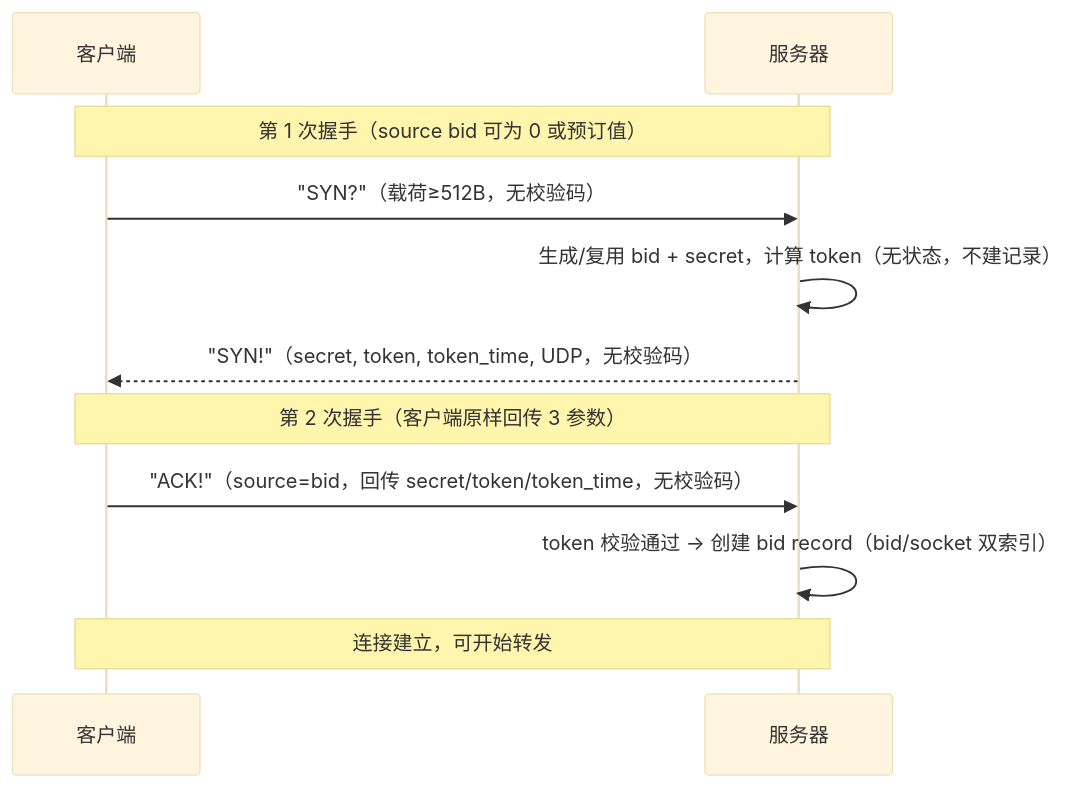
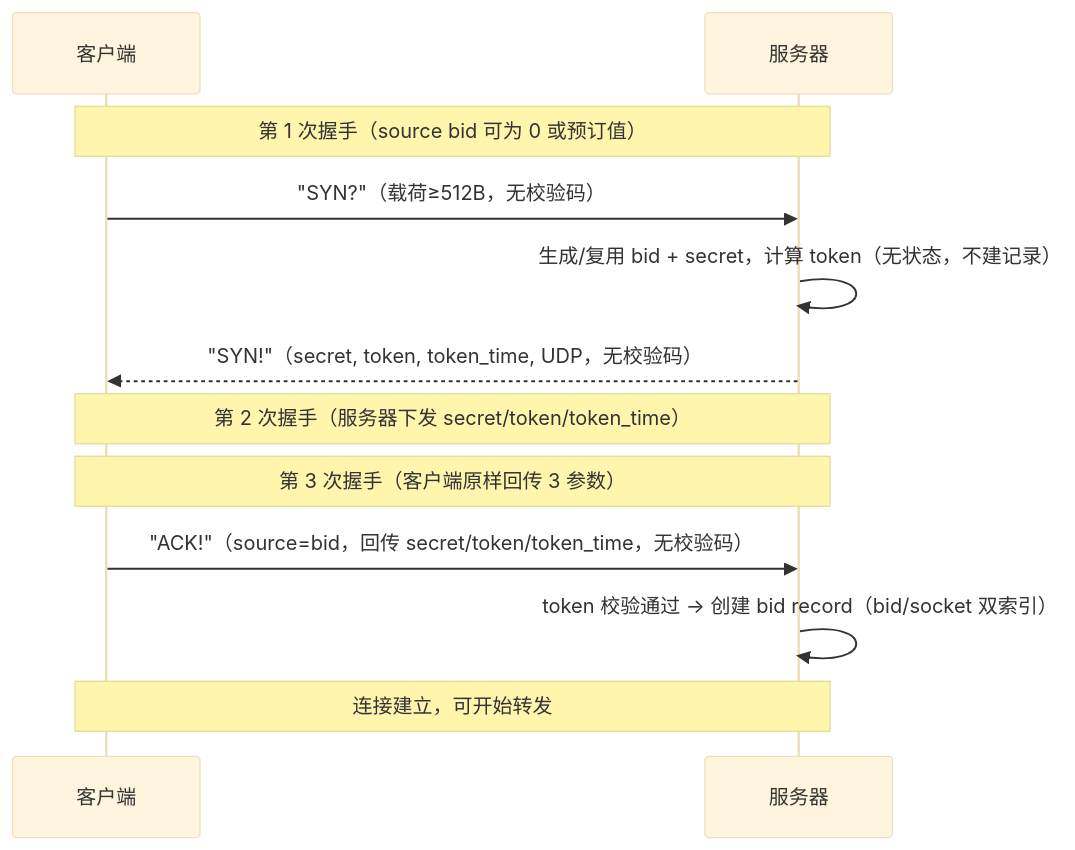
Before and after one commit to moky/magpie: the first of 11 diagrams in docs/workflow.md, drawn with Mermaid (base theme). The commit also changed other lines of this file and 9 other files, not shown here.

````diff
--- a/docs/workflow.md
+++ b/docs/workflow.md
@@ -22,15 +22,16 @@
 ```mermaid
 sequenceDiagram
     participant C as 客户端
     participant S as 服务器
 
     Note over C,S: 第 1 次握手（source bid 可为 0 或预订值）
     C->>S: "SYN?"（载荷≥512B，无校验码）
     S->>S: 生成/复用 bid + secret，计算 token（无状态，不建记录）
     S-->>C: "SYN!"（secret, token, token_time, UDP，无校验码）
+    Note over C,S: 第 2 次握手（服务器下发 secret/token/token_time）
 
-    Note over C,S: 第 2 次握手（客户端原样回传 3 参数）
+    Note over C,S: 第 3 次握手（客户端原样回传 3 参数）
     C->>S: "ACK!"（source=bid，回传 secret/token/token_time，无校验码）
     S->>S: token 校验通过 → 创建 bid record（bid/socket 双索引）
     Note over C,S: 连接建立，可开始转发
 ```
````
